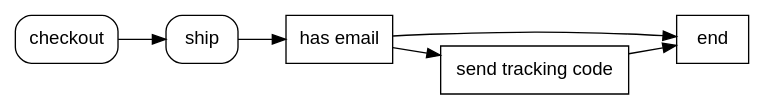
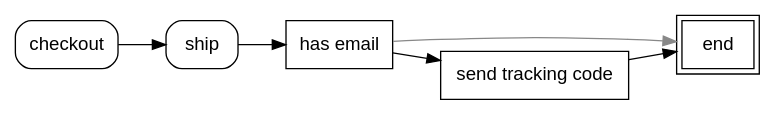
Before and after one commit to codingjoe/joeflow: the diagram in docs/index.rst, drawn with Graphviz. The commit also changed other lines of this file and 2 other files, not shown here.

Commit message:
Fix outdated documenation segments

```diff
--- a/docs/index.rst
+++ b/docs/index.rst
@@ -20,16 +20,16 @@
 .. graphviz::
 
     digraph {
         graph [rankdir=LR]
         node [fillcolor=white fontname="sans-serif" shape=rect style=filled]
         checkout [color=black fontcolor=black style="filled, rounded"]
         "has email" [color=black fontcolor=black style=filled]
         ship [color=black fontcolor=black style="filled, rounded"]
-        end [color=black fontcolor=black style=filled]
+        end [color=black fontcolor=black style=filled peripheries=2]
         "send tracking code" [color=black fontcolor=black style=filled]
         checkout -> ship
         ship -> "has email"
         "has email" -> "send tracking code"
-        "has email" -> end
+        "has email" -> end [color="#888888"]
         "send tracking code" -> end
     }
```
